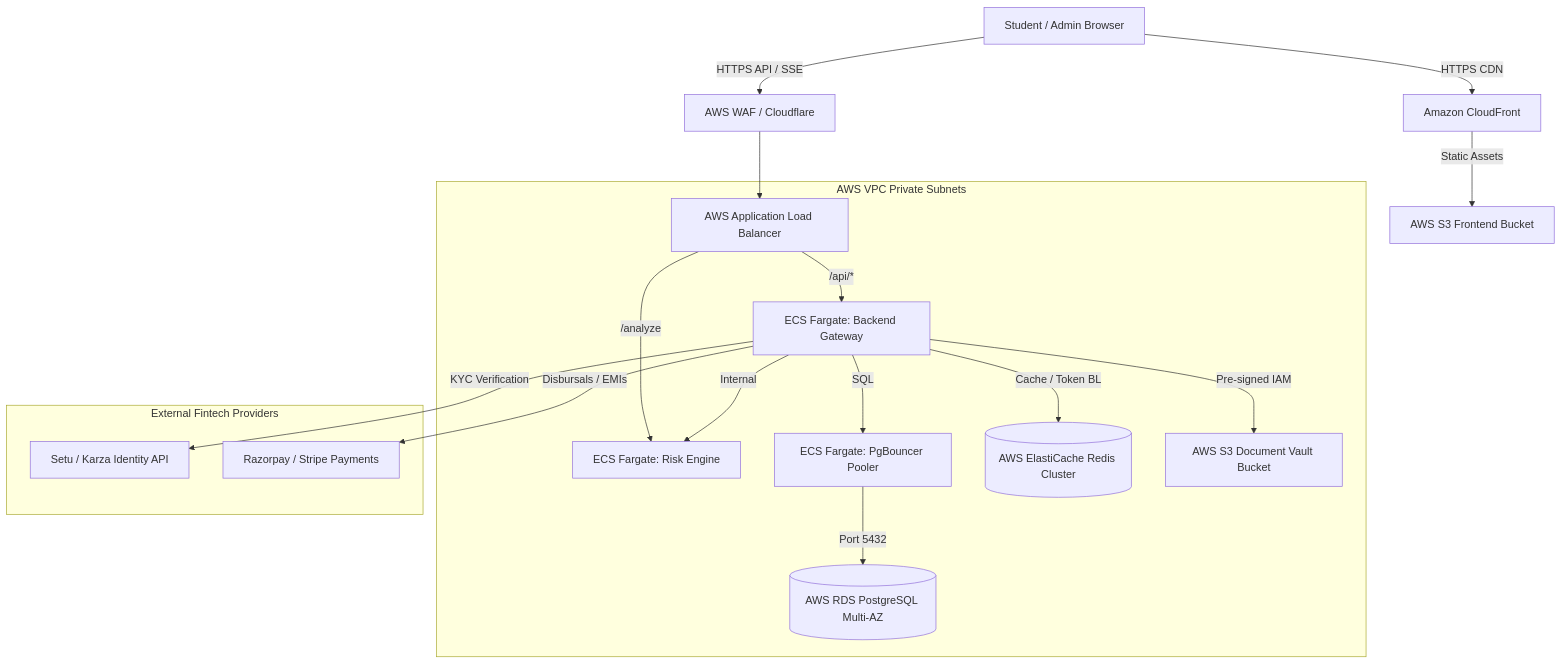
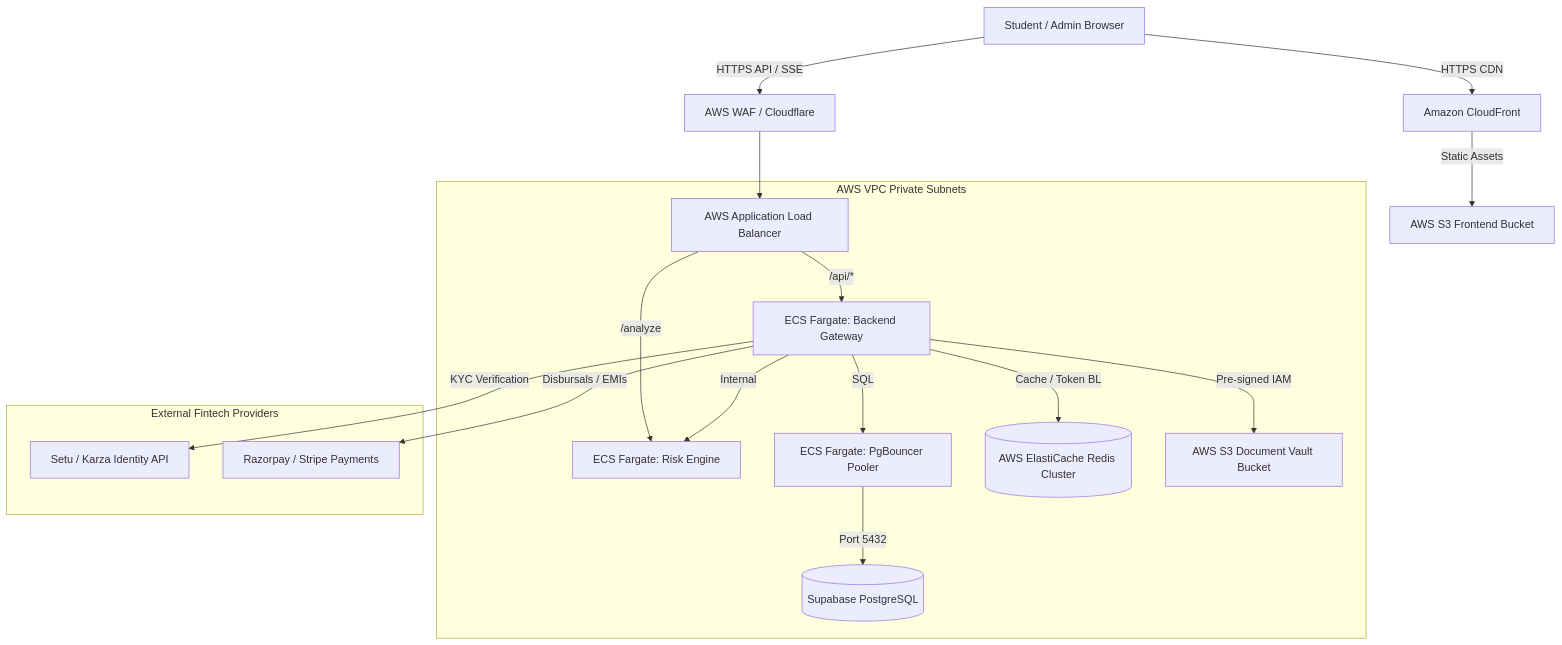
The diagram in docs/PRODUCTION_ARCHITECTURE.md (mdkamranalam/credixa), drawn with Mermaid before and after one commit. The commit also changed other lines of this file and 9 other files, not shown here.

````diff
--- a/docs/PRODUCTION_ARCHITECTURE.md
+++ b/docs/PRODUCTION_ARCHITECTURE.md
@@ -5,25 +5,25 @@
 ```mermaid
 graph TD
     Client[Student / Admin Browser] -->|HTTPS CDN| CF[Amazon CloudFront]
     CF -->|Static Assets| S3Web[AWS S3 Frontend Bucket]
     
     Client -->|HTTPS API / SSE| WAF[AWS WAF / Cloudflare]
     WAF --> ALB[AWS Application Load Balancer]
     
     subgraph AWS VPC Private Subnets
         ALB -->|/api/*| ECSBackend[ECS Fargate: Backend Gateway]
         ALB -->|/analyze| ECSRisk[ECS Fargate: Risk Engine]
         
         ECSBackend -->|Internal| ECSRisk
         ECSBackend -->|SQL| PgBouncer[ECS Fargate: PgBouncer Pooler]
-        PgBouncer -->|Port 5432| RDS[(AWS RDS PostgreSQL Multi-AZ)]
+        PgBouncer -->|Port 5432| RDS[(Supabase PostgreSQL)]
         
         ECSBackend -->|Cache / Token BL| Cache[(AWS ElastiCache Redis Cluster)]
         ECSBackend -->|Pre-signed IAM| S3Vault[AWS S3 Document Vault Bucket]
     end
     
     subgraph External Fintech Providers
         ECSBackend -->|KYC Verification| Setu[Setu / Karza Identity API]
         ECSBackend -->|Disbursals / EMIs| Razorpay[Razorpay / Stripe Payments]
     end
 ```
````
